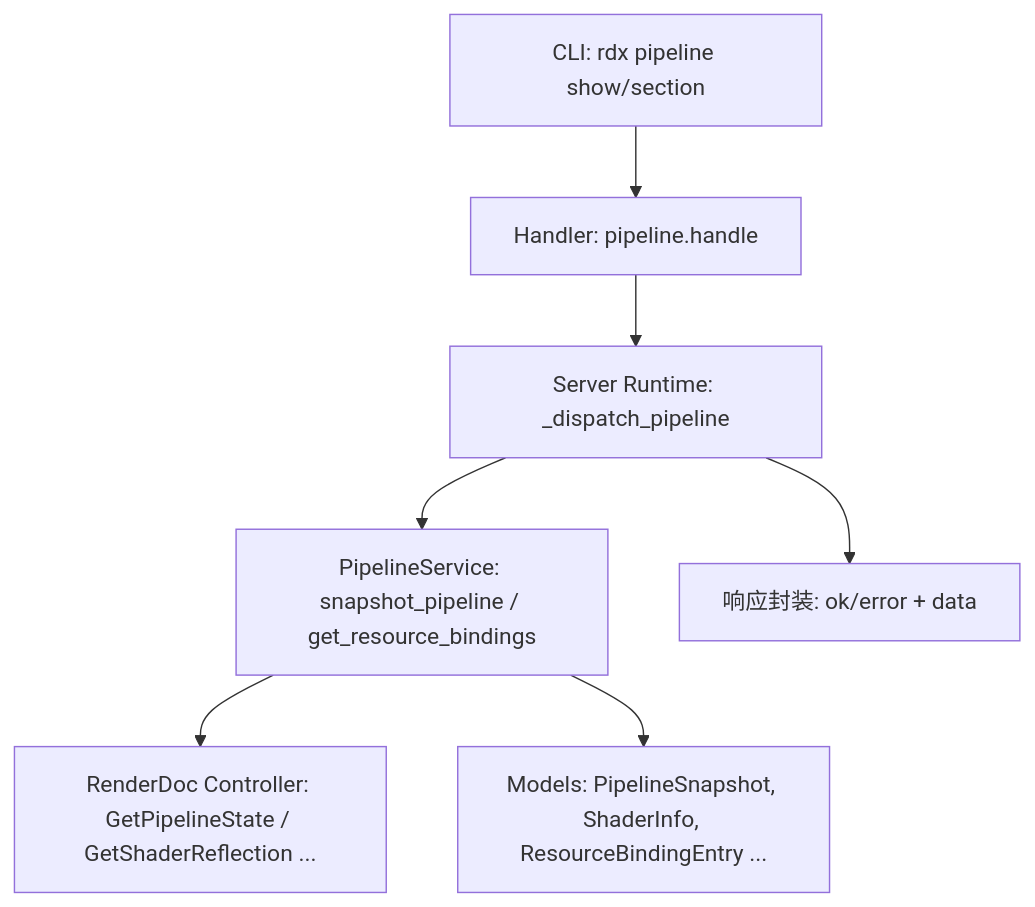
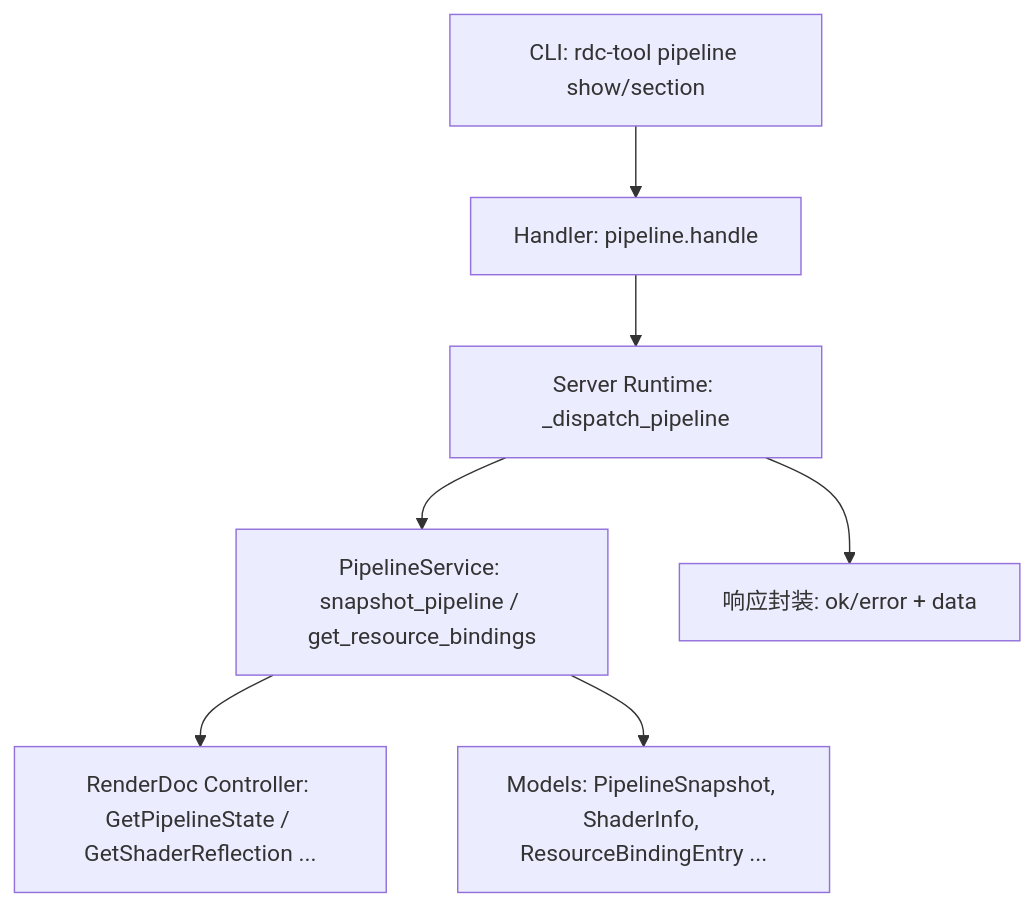
Before and after one commit to haolange/RDC-Tool: the first of 5 diagrams in .qoder/repowiki/zh/content/CLI参考手册/管线状态命令.md, drawn with Mermaid. The commit also changed other lines of this file and 388 other files, not shown here.

First line of the commit message:
Release RDC-Tool identity and public maintenance surface

````diff
--- a/.qoder/repowiki/zh/content/CLI参考手册/管线状态命令.md
+++ b/.qoder/repowiki/zh/content/CLI参考手册/管线状态命令.md
@@ -30,9 +30,9 @@
 ```mermaid
 graph TB
-A["CLI: rdx pipeline show/section"] --> B["Handler: pipeline.handle"]
+A["CLI: rdc-tool pipeline show/section"] --> B["Handler: pipeline.handle"]
 B --> C["Server Runtime: _dispatch_pipeline"]
 C --> D["PipelineService: snapshot_pipeline / get_resource_bindings"]
 D --> E["RenderDoc Controller: GetPipelineState / GetShaderReflection ..."]
 D --> F["Models: PipelineSnapshot, ShaderInfo, ResourceBindingEntry ..."]
 C --> G["响应封装: ok/error + data"]
 ```
````
